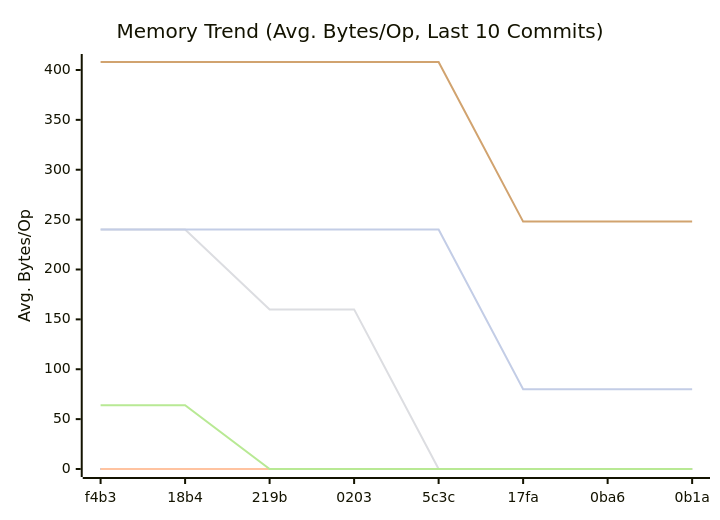
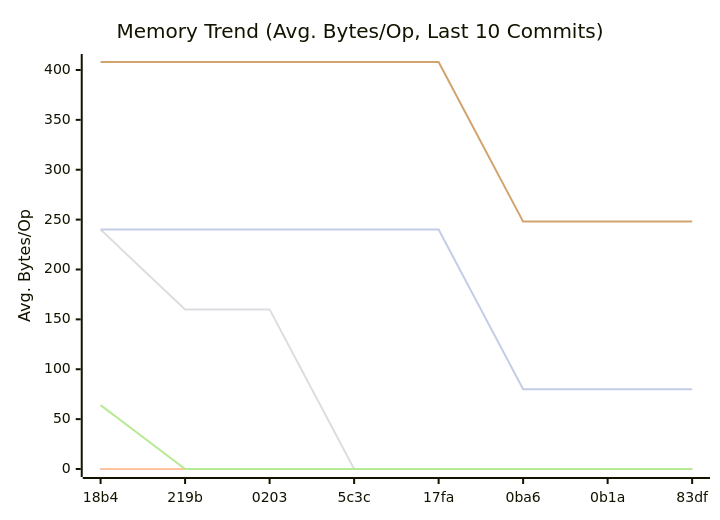
Before and after one commit to alsotoes/momo: the second of 3 diagrams in docs/README.md, drawn with Mermaid. The commit also changed other lines of this file and 1 other file, not shown here.

````diff
--- a/docs/README.md
+++ b/docs/README.md
@@ -203,14 +203,14 @@
 ```mermaid
 xychart-beta
     title "Memory Trend (Avg. Bytes/Op, Last 10 Commits)"
     x-axis "Commit"
     y-axis "Avg. Bytes/Op"
-    x-axis [f4b3,18b4,219b,0203,5c3c,17fa,0ba6,0b1a]
+    x-axis [18b4,219b,0203,5c3c,17fa,0ba6,0b1a,83df]
     line "CheckMetricsAndSwap" [0,0,0,0,0,0,0,0,0,0]
     line "IndexDirectTracking" [0,0,0,0,0,0,0,0,0,0]
     line "IndexSearch" [0,0,0,0,0,0,0,0,0,0]
-    line "LoadGlobalConfig" [240,240,160,160,0,0,0,0,0,0]
-    line "PadString" [64,64,0,0,0,0,0,0,0,0]
+    line "LoadGlobalConfig" [240,160,160,0,0,0,0,0,0,0]
+    line "PadString" [64,0,0,0,0,0,0,0,0,0]
     line "ParseReplicationOrder_NoPrealloc" [408,408,408,408,408,248,248,248,248,248]
     line "ParseReplicationOrder_Prealloc" [240,240,240,240,240,80,80,80,80,80]
 ```
````
